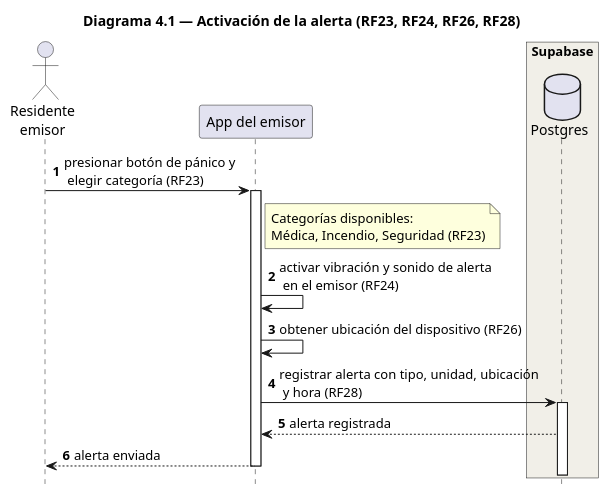
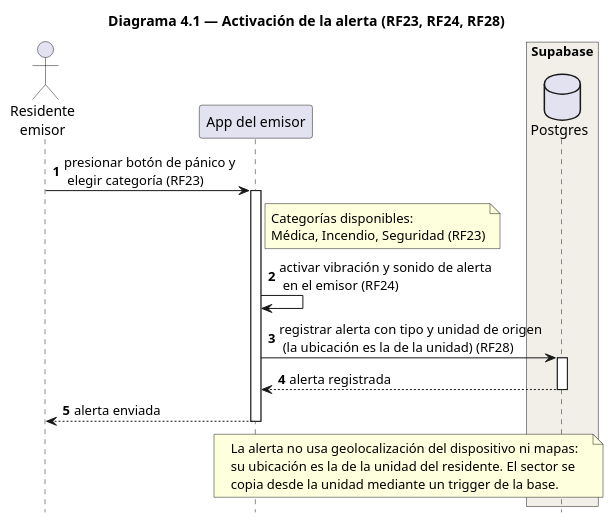
The diagram in docs/Arquitectura/secuencia/diagrama4_1_activacionAlerta.puml (liusamfung/neighborgood-project), drawn with PlantUML before and after one commit.

Commit message:
Corrige el diagrama 4.1: la ubicación de la alerta es la de la unidad
Quita la obtención de ubicación del dispositivo y agrega la nota de que
no hay geolocalización ni mapas (regla 4 de CLAUDE.md).

```diff
--- a/docs/Arquitectura/secuencia/diagrama4_1_activacionAlerta.puml
+++ b/docs/Arquitectura/secuencia/diagrama4_1_activacionAlerta.puml
@@ -1,29 +1,35 @@
 @startuml Diagrama4_1_ActivacionAlerta
-title Diagrama 4.1 — Activación de la alerta (RF23, RF24, RF26, RF28)
+title Diagrama 4.1 — Activación de la alerta (RF23, RF24, RF28)
 
 hide footbox
 autonumber
 
 actor "Residente\nemisor" as RES
 participant "App del emisor" as APPE
 
 box "Supabase" #F1EFE8
     database "Postgres" as DB
 end box
 
 RES -> APPE : presionar botón de pánico y \n elegir categoría (RF23)
 activate APPE
 
 note right of APPE
   Categorías disponibles:
   Médica, Incendio, Seguridad (RF23)
 end note
 
 APPE -> APPE : activar vibración y sonido de alerta \n en el emisor (RF24)
-APPE -> APPE : obtener ubicación del dispositivo (RF26)
-APPE -> DB : registrar alerta con tipo, unidad, ubicación  \n y hora (RF28)
+APPE -> DB : registrar alerta con tipo y unidad de origen \n (la ubicación es la de la unidad) (RF28)
 activate DB
 DB --> APPE : alerta registrada
+deactivate DB
 APPE --> RES : alerta enviada
 deactivate APPE
+
+note over APPE, DB
+  La alerta no usa geolocalización del dispositivo ni mapas:
+  su ubicación es la de la unidad del residente. El sector se
+  copia desde la unidad mediante un trigger de la base.
+end note
 @enduml
```
